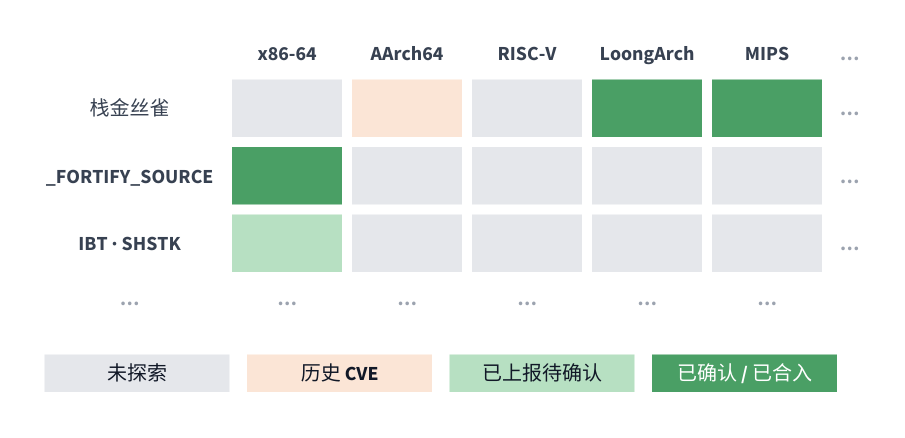
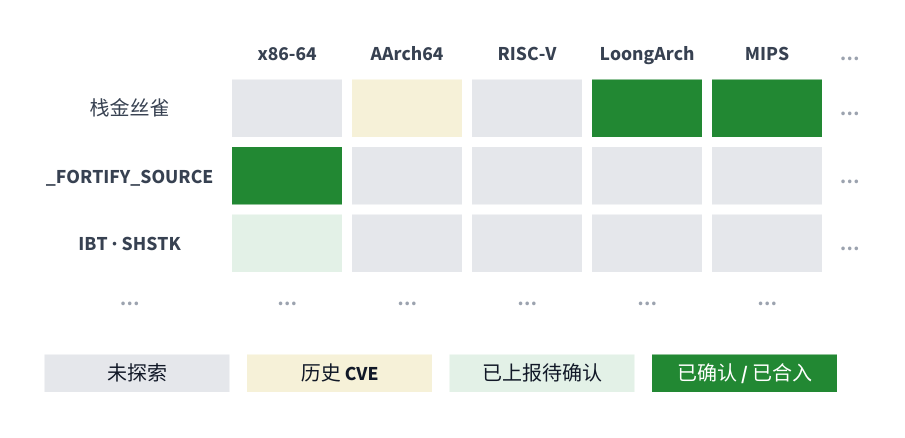
One commit to zjy-dev/de-fuzz changed the diagram in docs/开题报告/assets/ch1-background/defense-matrix.zh.d2. Above: the diagram before and after it, drawn with D2. The commit also changed 42 other files, not shown here.

First line of the commit message:
docs: unify proposal figure palette

```diff
--- a/docs/开题报告/assets/ch1-background/defense-matrix.zh.d2
+++ b/docs/开题报告/assets/ch1-background/defense-matrix.zh.d2
@@ -1,86 +1,86 @@
 # 图 2 — 防御机制 × ISA 二维研究空间矩阵（中文版）
 # 渲染：d2 --layout=dagre --pad=24 defense-matrix.zh.d2 defense-matrix.zh.svg
 
 direction: down
 
 outer: "" {
   grid-rows: 2
   grid-columns: 1
   grid-gap: 12
   style: { fill: transparent; stroke: transparent }
 
   matrix: "" {
   grid-rows: 5
   grid-columns: 7
   grid-gap: 6
   style: { fill: white; stroke: transparent }
 
   # ===== Row 0: column headers (透明矩形 + 居中文字) =====
   hdr-corner: "" { width: 1; height: 1; style: { fill: transparent; stroke: transparent } }
   hdr-x86:   "x86-64"     { width: 90; height: 28; style: { fill: transparent; stroke: transparent; font-color: "#374151"; bold: true } }
   hdr-arm:   "AArch64"    { width: 90; height: 28; style: { fill: transparent; stroke: transparent; font-color: "#374151"; bold: true } }
   hdr-rv:    "RISC-V"     { width: 90; height: 28; style: { fill: transparent; stroke: transparent; font-color: "#374151"; bold: true } }
   hdr-la:    "LoongArch"  { width: 90; height: 28; style: { fill: transparent; stroke: transparent; font-color: "#374151"; bold: true } }
   hdr-mips:  "MIPS"       { width: 90; height: 28; style: { fill: transparent; stroke: transparent; font-color: "#374151"; bold: true } }
   hdr-more1: "…"          { width: 30; height: 28; style: { fill: transparent; stroke: transparent; font-color: "#9CA3AF"; bold: true } }
 
   # ===== Row 1: Stack Canary =====
   row1-lbl: "栈金丝雀" { width: 150; height: 48; style: { fill: transparent; stroke: transparent; font-color: "#374151"; bold: true } }
   r1c1: "" { width: 90; height: 48; style: { fill: "#E5E7EB"; stroke: white } }
-  r1c2: "" { width: 90; height: 48; style: { fill: "#FBE5D6"; stroke: white } }
+  r1c2: "" { width: 90; height: 48; style: { fill: "#F6F1D8"; stroke: white } }
   r1c3: "" { width: 90; height: 48; style: { fill: "#E5E7EB"; stroke: white } }
-  r1c4: "" { width: 90; height: 48; style: { fill: "#4A9F65"; stroke: white } }
-  r1c5: "" { width: 90; height: 48; style: { fill: "#4A9F65"; stroke: white } }
+  r1c4: "" { width: 90; height: 48; style: { fill: "#228833"; stroke: white } }
+  r1c5: "" { width: 90; height: 48; style: { fill: "#228833"; stroke: white } }
   r1c6: "…"  { width: 30; height: 48; style: { fill: transparent; stroke: transparent; font-color: "#9CA3AF" } }
 
   # ===== Row 2: _FORTIFY_SOURCE =====
   row2-lbl: "_FORTIFY_SOURCE" { width: 150; height: 48; style: { fill: transparent; stroke: transparent; font-color: "#374151"; bold: true } }
-  r2c1: "" { width: 90; height: 48; style: { fill: "#4A9F65"; stroke: white } }
+  r2c1: "" { width: 90; height: 48; style: { fill: "#228833"; stroke: white } }
   r2c2: "" { width: 90; height: 48; style: { fill: "#E5E7EB"; stroke: white } }
   r2c3: "" { width: 90; height: 48; style: { fill: "#E5E7EB"; stroke: white } }
   r2c4: "" { width: 90; height: 48; style: { fill: "#E5E7EB"; stroke: white } }
   r2c5: "" { width: 90; height: 48; style: { fill: "#E5E7EB"; stroke: white } }
   r2c6: "…" { width: 30; height: 48; style: { fill: transparent; stroke: transparent; font-color: "#9CA3AF" } }
 
   # ===== Row 3: IBT · SHSTK =====
   row3-lbl: "IBT · SHSTK" { width: 150; height: 48; style: { fill: transparent; stroke: transparent; font-color: "#374151"; bold: true } }
-  r3c1: "" { width: 90; height: 48; style: { fill: "#B7E0C2"; stroke: white } }
+  r3c1: "" { width: 90; height: 48; style: { fill: "#E3F1E7"; stroke: white } }
   r3c2: "" { width: 90; height: 48; style: { fill: "#E5E7EB"; stroke: white } }
   r3c3: "" { width: 90; height: 48; style: { fill: "#E5E7EB"; stroke: white } }
   r3c4: "" { width: 90; height: 48; style: { fill: "#E5E7EB"; stroke: white } }
   r3c5: "" { width: 90; height: 48; style: { fill: "#E5E7EB"; stroke: white } }
   r3c6: "…" { width: 30; height: 48; style: { fill: transparent; stroke: transparent; font-color: "#9CA3AF" } }
 
   # ===== Row 4: ellipsis =====
   row4-lbl: "…" { width: 150; height: 28; style: { fill: transparent; stroke: transparent; font-color: "#9CA3AF"; bold: true } }
   r4c1: "…" { width: 90; height: 28; style: { fill: transparent; stroke: transparent; font-color: "#9CA3AF" } }
   r4c2: "…" { width: 90; height: 28; style: { fill: transparent; stroke: transparent; font-color: "#9CA3AF" } }
   r4c3: "…" { width: 90; height: 28; style: { fill: transparent; stroke: transparent; font-color: "#9CA3AF" } }
   r4c4: "…" { width: 90; height: 28; style: { fill: transparent; stroke: transparent; font-color: "#9CA3AF" } }
   r4c5: "…" { width: 90; height: 28; style: { fill: transparent; stroke: transparent; font-color: "#9CA3AF" } }
   r4c6: "" { width: 1; height: 1; style: { fill: transparent; stroke: transparent } }
 }
 
   legend: "" {
     grid-columns: 4
     grid-gap: 12
     style: { fill: white; stroke: transparent }
 
     l1: "未探索" {
       width: 150; height: 32
       style: { fill: "#E5E7EB"; stroke: white; font-color: "#111827" }
     }
     l2: "历史 CVE" {
       width: 150; height: 32
-      style: { fill: "#FBE5D6"; stroke: white; font-color: "#111827" }
+      style: { fill: "#F6F1D8"; stroke: white; font-color: "#111827" }
     }
     l3: "已上报待确认" {
       width: 150; height: 32
-      style: { fill: "#B7E0C2"; stroke: white; font-color: "#111827" }
+      style: { fill: "#E3F1E7"; stroke: white; font-color: "#111827" }
     }
     l4: "已确认 / 已合入" {
       width: 150; height: 32
-      style: { fill: "#4A9F65"; stroke: white; font-color: white }
+      style: { fill: "#228833"; stroke: white; font-color: white }
     }
   }
 }
```
